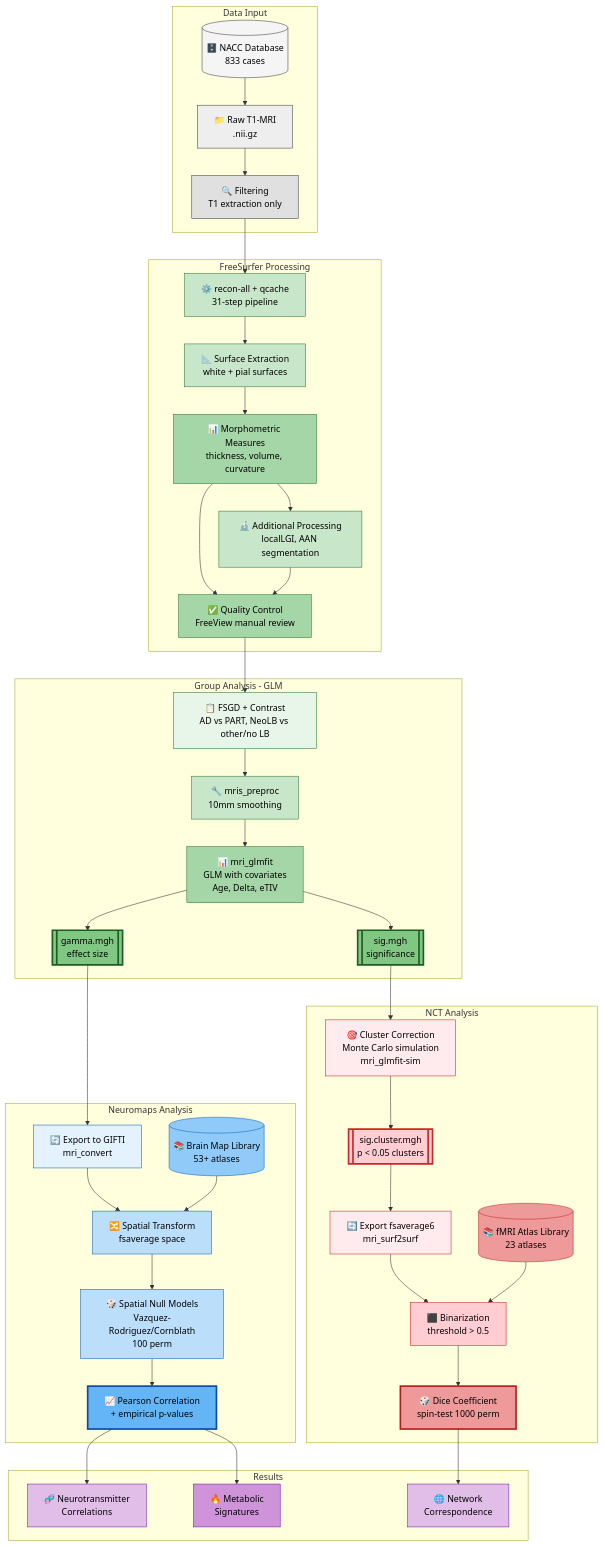
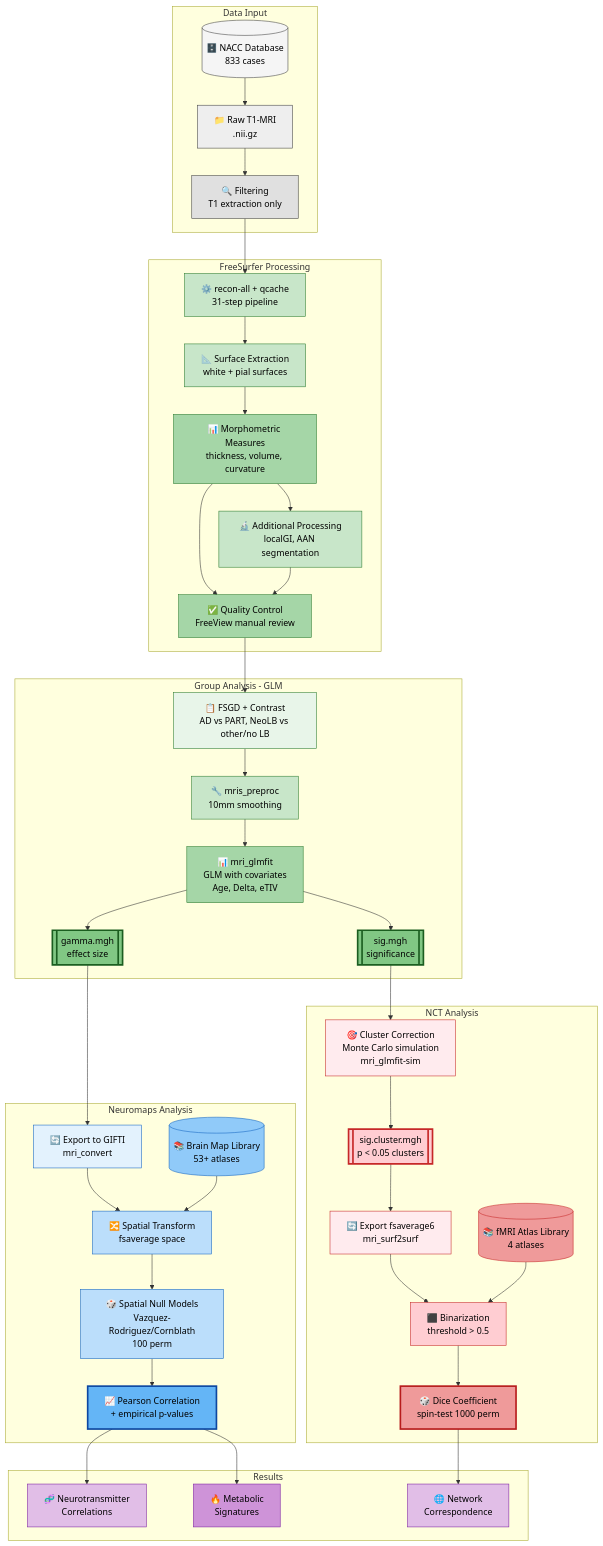
One commit to luisAraujo11/Thesis changed the diagram in README.md. Above: the diagram before and after it, drawn with Mermaid. The commit also changed other lines of this file, not shown here.

```diff
--- a/README.md
+++ b/README.md
@@ -27,7 +27,7 @@
         B1["⚙️ recon-all + qcache<br/>31-step pipeline"]
         B2["📐 Surface Extraction<br/>white + pial surfaces"]
         B3["📊 Morphometric Measures<br/>thickness, volume, curvature"]
-        B4["🔬 Additional Processing<br/>localLGI, AAN segmentation"]
+        B4["🔬 Additional Processing<br/>localGI, AAN segmentation"]
         B5["✅ Quality Control<br/>FreeView manual review"]
     end
     
@@ -55,7 +55,7 @@
         E2[["sig.cluster.mgh<br/>p < 0.05 clusters"]]
         E3["🔄 Export fsaverage6<br/>mri_surf2surf"]
         E4["⬛ Binarization<br/>threshold > 0.5"]
-        E5[("📚 fMRI Atlas Library<br/>23 atlases")]
+        E5[("📚 fMRI Atlas Library<br/>4 atlases")]
         E6["🎲 Dice Coefficient<br/>spin-test 1000 perm"]
     end
     
```
